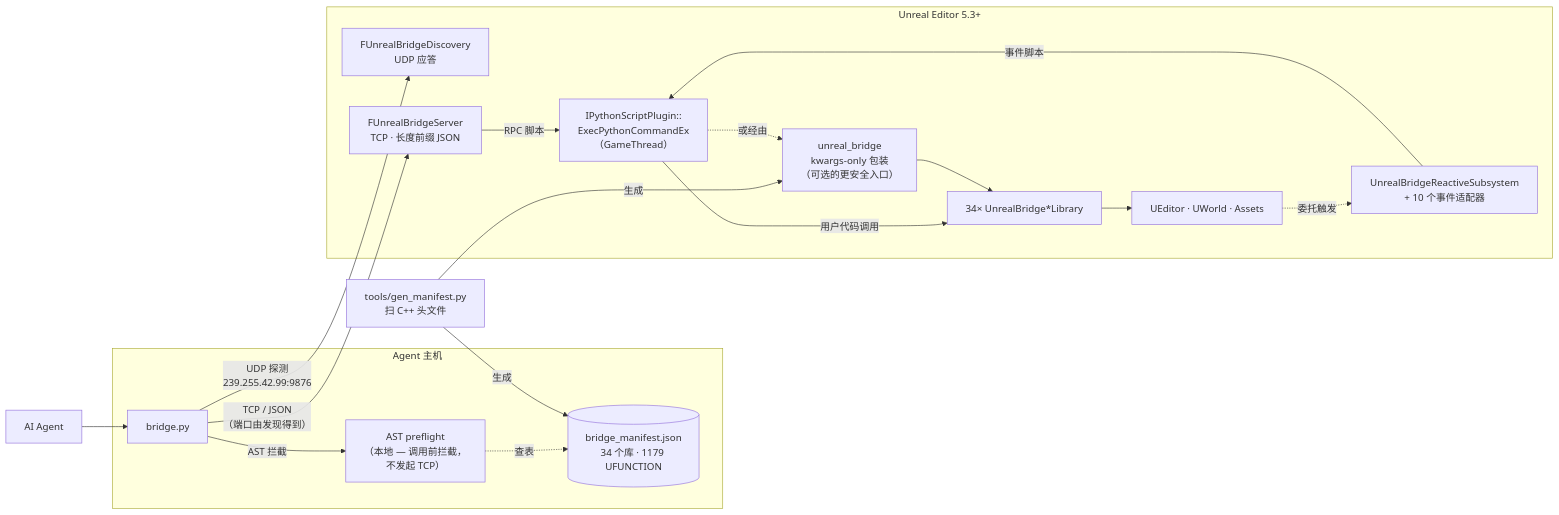
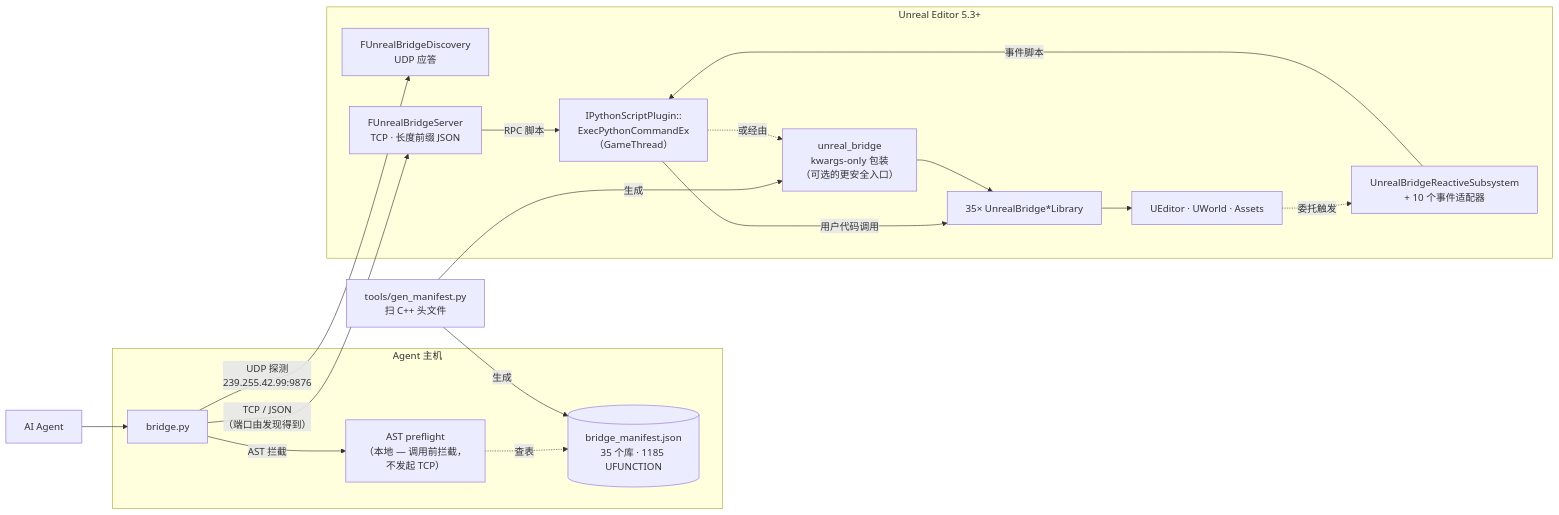
One commit to ycy1164656/UnrealBridge changed the diagram in README.zh-CN.md. Above: the diagram before and after it, drawn with Mermaid. The commit also changed other lines of this file and 29 other files, not shown here.

Commit message:
feat: release UnrealBridge 3.0 for UE 5.8

````diff
--- a/README.zh-CN.md
+++ b/README.zh-CN.md
@@ -43,40 +46,40 @@
 ```mermaid
 flowchart LR
     Agent["AI Agent"]
 
     subgraph Host["Agent 主机"]
       CLI["bridge.py"]
       Pre["AST preflight<br/>（本地 — 调用前拦截，<br/>不发起 TCP）"]
-      Mani[("bridge_manifest.json<br/>34 个库 · 1179 UFUNCTION")]
+      Mani[("bridge_manifest.json<br/>35 个库 · 1185 UFUNCTION")]
     end
 
     Gen["tools/gen_manifest.py<br/>扫 C++ 头文件"]
 
     subgraph UE["Unreal Editor 5.3+"]
       Disc["FUnrealBridgeDiscovery<br/>UDP 应答"]
       Server["FUnrealBridgeServer<br/>TCP · 长度前缀 JSON"]
       Reactive["UnrealBridgeReactiveSubsystem<br/>+ 10 个事件适配器"]
       Exec["IPythonScriptPlugin::<br/>ExecPythonCommandEx<br/>（GameThread）"]
       Wrap["unreal_bridge<br/>kwargs-only 包装<br/>（可选的更安全入口）"]
-      Libs["34× UnrealBridge*Library"]
+      Libs["35× UnrealBridge*Library"]
       Engine["UEditor · UWorld · Assets"]
     end
 
     Agent --> CLI
     CLI -- "AST 拦截" --> Pre
     Pre -. "查表" .-> Mani
 
     Gen -- "生成" --> Mani
     Gen -- "生成" --> Wrap
 
     CLI -- "UDP 探测<br/>239.255.42.99:9876" --> Disc
     CLI -- "TCP / JSON<br/>（端口由发现得到）" --> Server
     Server -- "RPC 脚本" --> Exec
     Engine -. "委托触发" .-> Reactive
     Reactive -- "事件脚本" --> Exec
 
     Exec -- "用户代码调用" --> Libs
     Exec -. "或经由" .-> Wrap
     Wrap --> Libs
     Libs --> Engine
 ```
````
